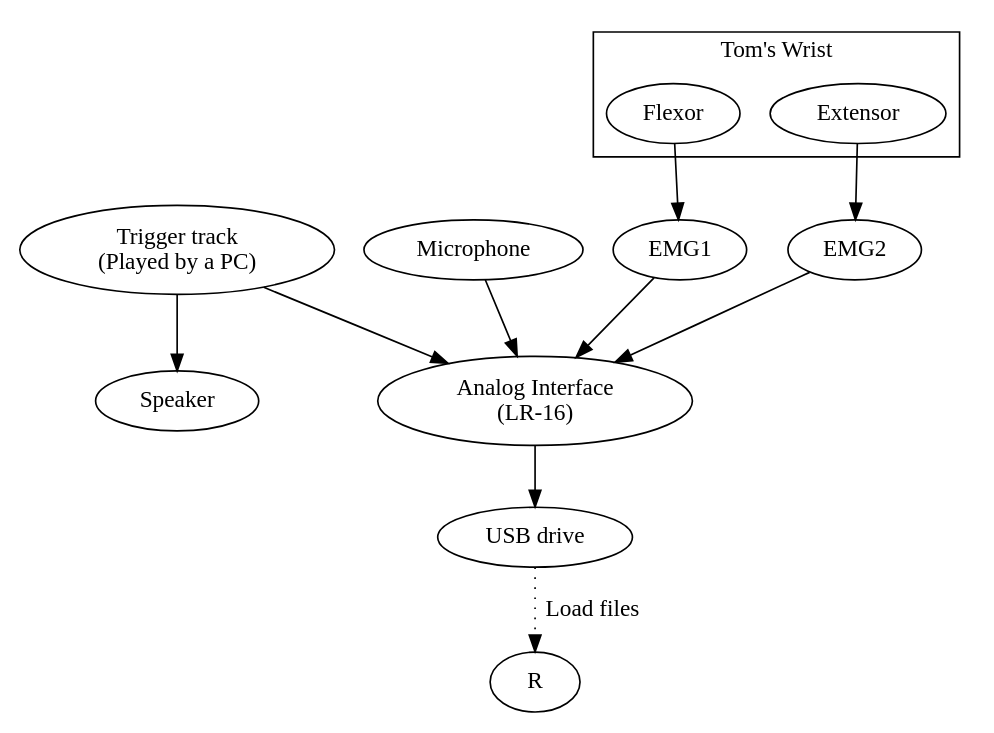
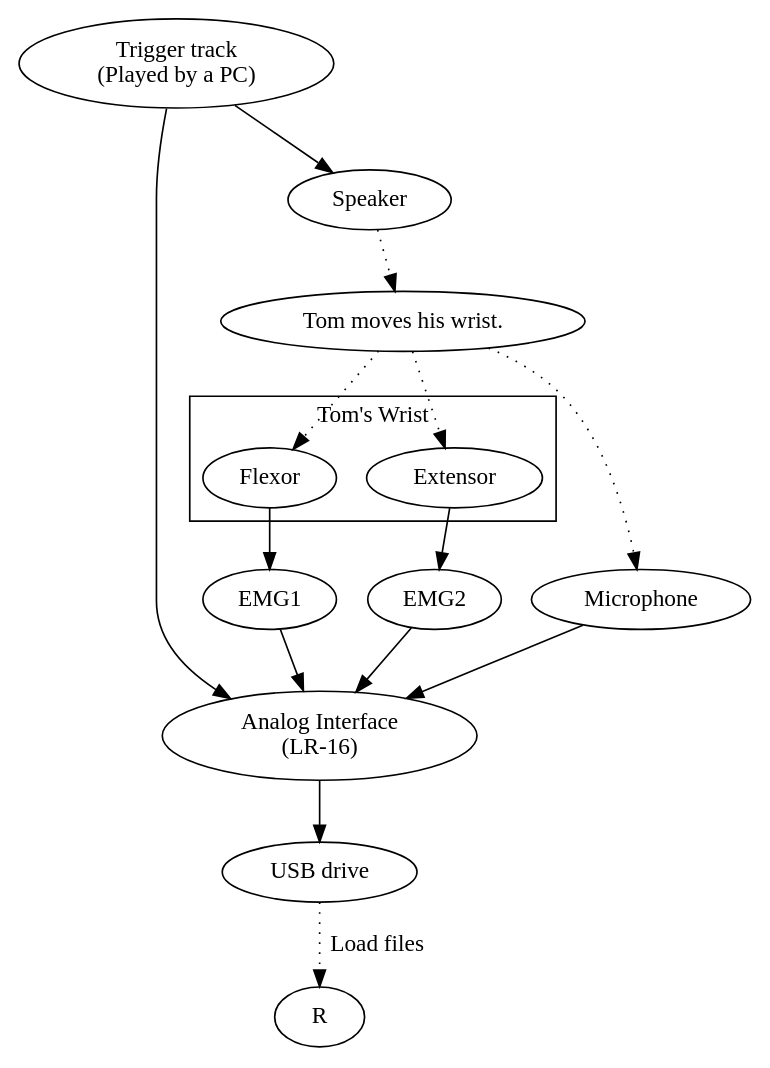
The diagram in connections.gv (tlevine/emg), drawn with Graphviz before and after one commit.

Commit message:
add tom to diagram

```diff
--- a/connections.gv
+++ b/connections.gv
@@ -1,20 +1,26 @@
 digraph Connections {
   Trigger [label="Trigger track\n(Played by a PC)"];
   LR16 [label="Analog Interface\n(LR-16)"];
   USB [label="USB drive"];
 
   subgraph cluster1 {
     label="Tom's Wrist";
     Flexor;
     Extensor;
   }
 
   Trigger -> Speaker;
   Trigger -> LR16;
   Microphone -> LR16;
   Flexor -> EMG1 -> LR16;
   Extensor -> EMG2 -> LR16;
   LR16 -> USB;
 
   USB -> R [style="dotted" label="Load files"];
+
+  Tom [label="Tom moves his wrist."];
+  Speaker -> Tom [style="dotted"];
+  Tom -> Extensor [style="dotted"];
+  Tom -> Flexor [style="dotted"];
+  Tom -> Microphone [style="dotted"];
 }
```
